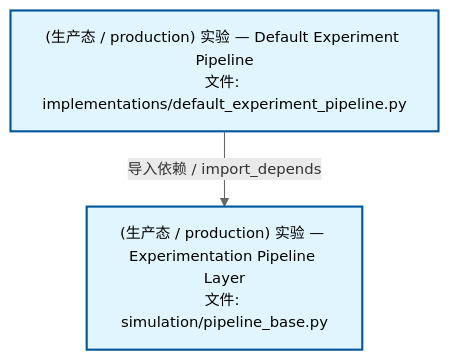
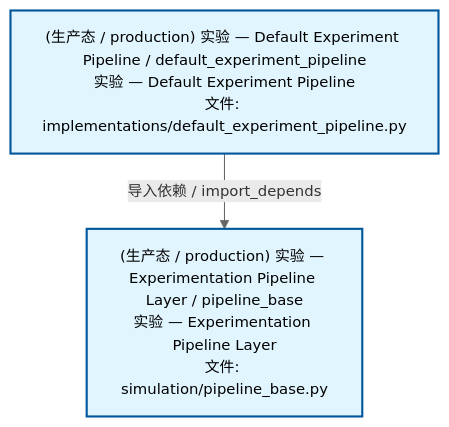
One commit to xuanFelixVan/ZephyrAlpha changed the second of 4 diagrams in docs/02_enterprise_architecture/02_domain_architecture_docs/70_d_simulation.md. Above: the diagram before and after it, drawn with Mermaid. The commit also changed other lines of this file and 60 other files, not shown here.

````diff
--- a/docs/02_enterprise_architecture/02_domain_architecture_docs/70_d_simulation.md
+++ b/docs/02_enterprise_architecture/02_domain_architecture_docs/70_d_simulation.md
@@ -95,12 +95,12 @@
 ```mermaid
 %%{init: {'theme': 'base', 'themeVariables': {'primaryColor': '#eaeaea', 'primaryTextColor': '#333333', 'primaryBorderColor': '#666666', 'lineColor': '#666666', 'secondaryColor': '#eaeaea', 'tertiaryColor': '#eaeaea', 'fontSize': '14px'}}}%%
 flowchart TD
-    src_zephyr_simulation_implementations_default_experiment_pipeline_py["(生产态 / production) 实验 — Default Experiment Pipeline<br/>文件: implementations/default_experiment_pipeline.py"]
-    src_zephyr_simulation_pipeline_base_py["(生产态 / production) 实验 — Experimentation Pipeline Layer<br/>文件: simulation/pipeline_base.py"]
+    src_zephyr_simulation_implementations_default_experiment_pipeline_py["(生产态 / production) 实验 — Default Experiment Pipeline / default_experiment_pipeline<br/>实验 — Default Experiment Pipeline<br/>文件: implementations/default_experiment_pipeline.py"]
+    src_zephyr_simulation_pipeline_base_py["(生产态 / production) 实验 — Experimentation Pipeline Layer / pipeline_base<br/>实验 — Experimentation Pipeline Layer<br/>文件: simulation/pipeline_base.py"]
     src_zephyr_simulation_implementations_default_experiment_pipeline_py -->|导入依赖 / import_depends| src_zephyr_simulation_pipeline_base_py
     classDef production fill:#e1f5fe,stroke:#01579b,stroke-width:2px,color:#000
     classDef design fill:#fff3e0,stroke:#e65100,stroke-width:2px,color:#000,stroke-dasharray: 5 5
     classDef external_prod fill:#e8f4fd,stroke:#0277bd,stroke-width:1px,color:#000
     classDef external_design fill:#fff8e7,stroke:#ef6c00,stroke-width:1px,color:#000,stroke-dasharray: 5 5
     class src_zephyr_simulation_implementations_default_experiment_pipeline_py,src_zephyr_simulation_pipeline_base_py production
 ```
````
